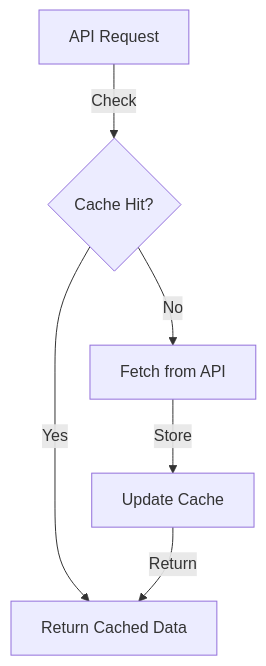
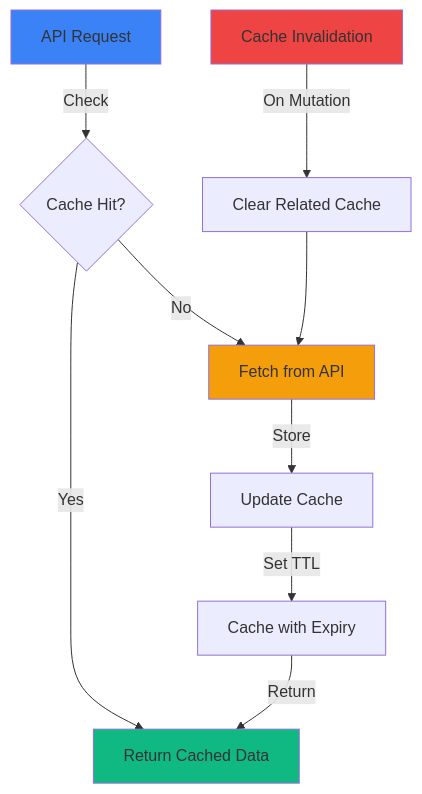
Diagram 19 of 27 in apps/web/ARCHITECTURE.md (amertarva/amertask), drawn with Mermaid before and after one commit. The commit also changed other lines of this file and 150 other files, not shown here.

````diff
--- a/apps/web/ARCHITECTURE.md
+++ b/apps/web/ARCHITECTURE.md
@@ -615,8 +1284,17 @@
 ```mermaid
 graph TB
     A[API Request] -->|Check| B{Cache Hit?}
     B -->|Yes| C[Return Cached Data]
     B -->|No| D[Fetch from API]
     D -->|Store| E[Update Cache]
-    E -->|Return| C
+    E -->|Set TTL| F[Cache with Expiry]
+    F -->|Return| C
+
+    G[Cache Invalidation] -->|On Mutation| H[Clear Related Cache]
+    H --> D
+
+    style A fill:#3b82f6
+    style C fill:#10b981
+    style D fill:#f59e0b
+    style G fill:#ef4444
 ```
````
